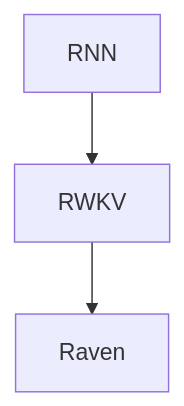
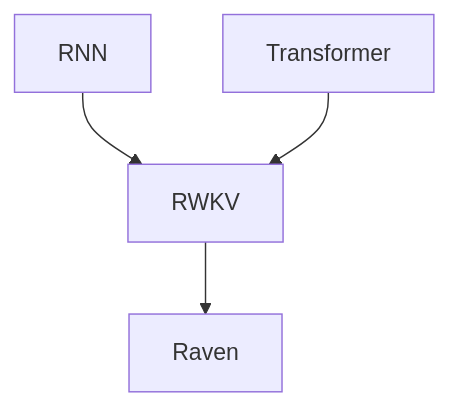
Before and after one commit to ted-sharp/chatvox: diagram 14 of 14 in doc/llm.md, drawn with Mermaid. The commit also changed other lines of this file, not shown here.

````diff
--- a/doc/llm.md
+++ b/doc/llm.md
@@ -564,5 +606,6 @@
 ```mermaid
 flowchart
 
 RNN --> RWKV --> Raven
+Transformer --> RWKV
 ```
````
